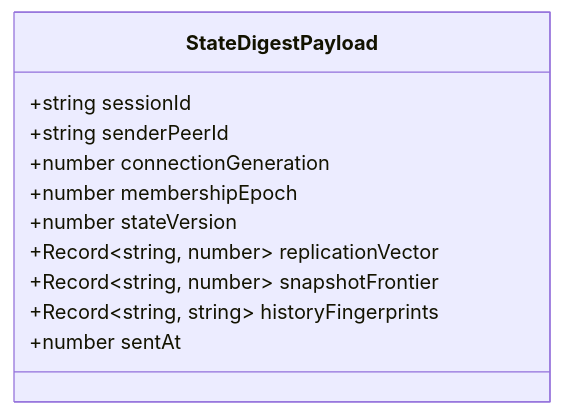
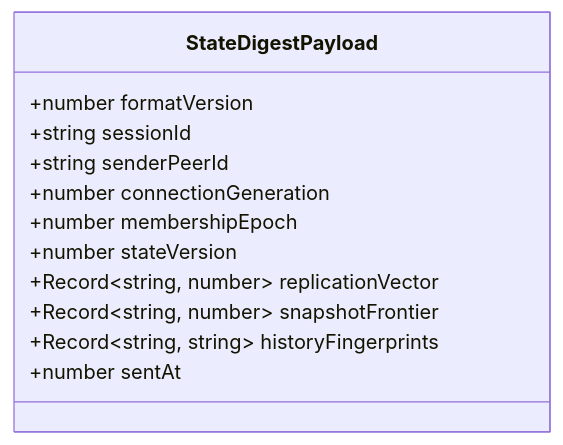
The third of 10 diagrams in docs/PHASE7_4_ARCHITECTURE.md (Tejdeepakchandra/SyncPlay_Protocol), drawn with Mermaid before and after one commit. The commit also changed other lines of this file and 4 other files, not shown here.

Commit message:
docs(phase-7.4): address targeted architecture review corrections

````diff
--- a/docs/PHASE7_4_ARCHITECTURE.md
+++ b/docs/PHASE7_4_ARCHITECTURE.md
@@ -107,14 +107,15 @@
 ```mermaid
 classDiagram
     class StateDigestPayload {
+        +number formatVersion
         +string sessionId
         +string senderPeerId
         +number connectionGeneration
         +number membershipEpoch
         +number stateVersion
         +Record~string, number~ replicationVector
         +Record~string, number~ snapshotFrontier
         +Record~string, string~ historyFingerprints
         +number sentAt
     }
 ```
````
